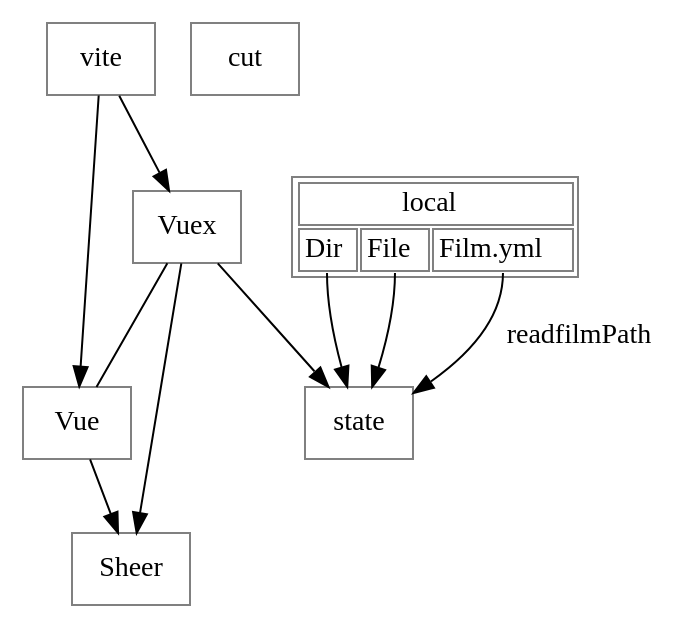
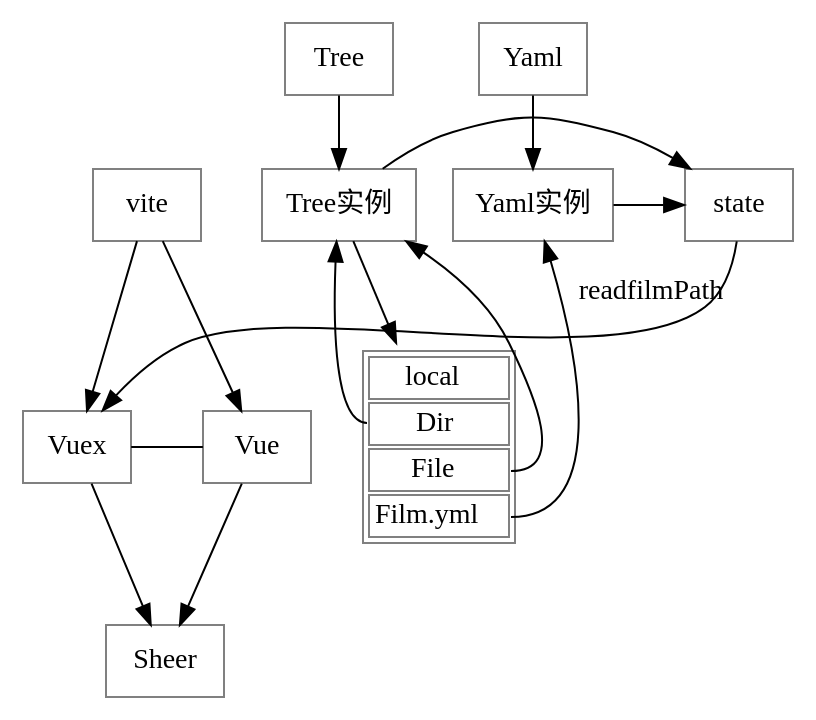
The diagram in construct.dot (WingDust/Sheer), drawn with Graphviz before and after one commit. The commit also changed 4 other files, not shown here.

```diff
--- a/construct.dot
+++ b/construct.dot
@@ -1,38 +1,61 @@
 digraph construct {
     node [color=gray,shape=box];
-
-    // dir [label="dir"];
-    // file [label="file"];
-
-    subgraph dependencies{
-        Vue;
-        Vuex;
-    }
-    Vuex -> Vue[arrowhead=none];
-    Vuex -> {Sheer,state};
-    Vue -> Sheer ;
-    vite -> Vue;
-    vite -> Vuex;
+    {rank=max;Sheer}
 
     local [
         shape = plaintext
         label =<
         <table border='1' cellborder='1'>
-            <tr><td colspan="3">local</td></tr>
+            <tr><td colspan="1">local</td></tr>
              <tr>
              <td port='port_one'>Dir</td>
+            </tr>
+             <tr>
              <td port='port_two'>File</td>
+            </tr>
+             <tr>
              <td port='port_three'>Film.yml</td>
             </tr>
         </table>
         >
     ];
+    // dir [label="dir"];
+    // file [label="file"];
 
-    cut
+    subgraph dependencies{
+        // label="asd";
+        // labelloc= "t";
+        Vue;
+        Vuex;
+    }
+    { rank=same; Vue Vuex };
+    Vuex -> Vue[arrowhead=none];
+    Vuex -> {Sheer};
+    state -> Vuex;
+    Vue -> Sheer ;
+    vite -> Vue;
+    vite -> Vuex;
 
-    local:port_one -> state ;
-    local:port_two -> state;
-    local:port_three -> state[label="readfilmPath"];
+    // subgraph cluster_p{
+    subgraph cluster_datastructure{
+        // label="ad";
+        Tree
+        Yaml
+    }
+    { rank=same; Tree Yaml };
+    { rank=same; Tree实例 Yaml实例 state};
+    Tree -> Tree实例;
+    Yaml -> Yaml实例;
+    {Yaml实例,Tree实例} -> state;
+    Tree实例 -> local
+    // subgraph cluster_p{
+    //     a;
+    //     b;
+    // }
+
+    local:port_one -> Tree实例;
+    local:port_two -> Tree实例;
+    local:port_three -> Yaml实例[label="readfilmPath"];
 
 
 }
```
